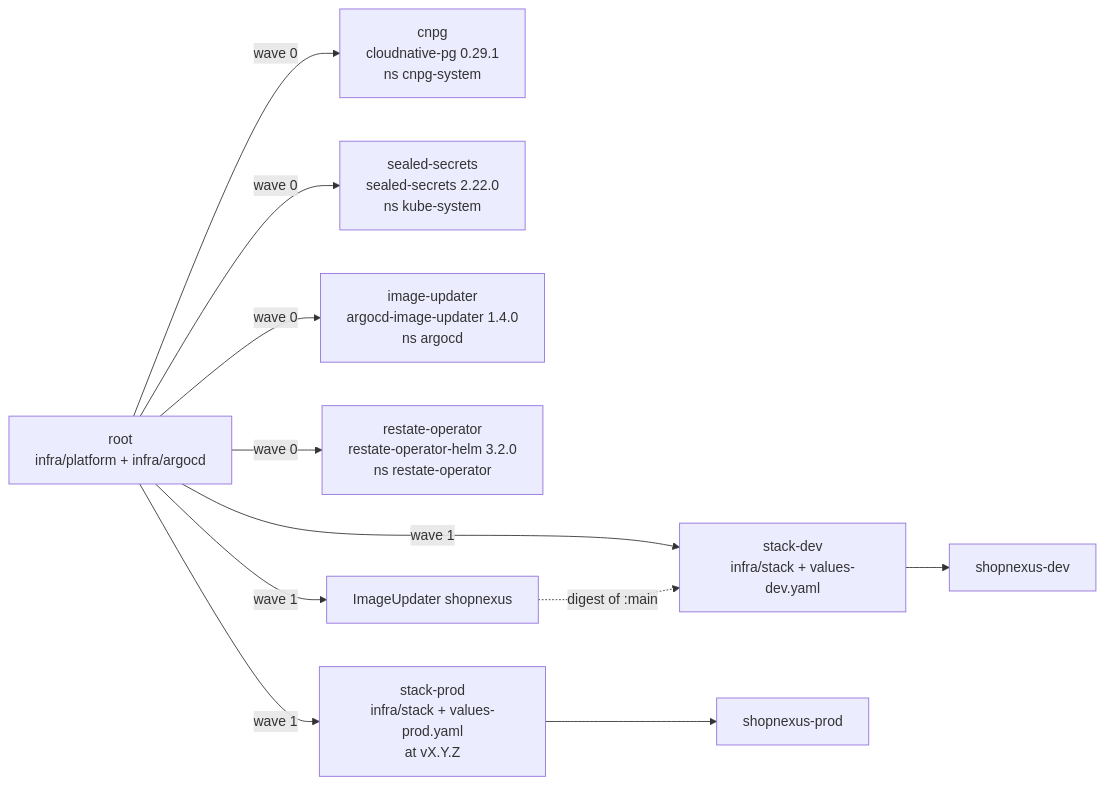
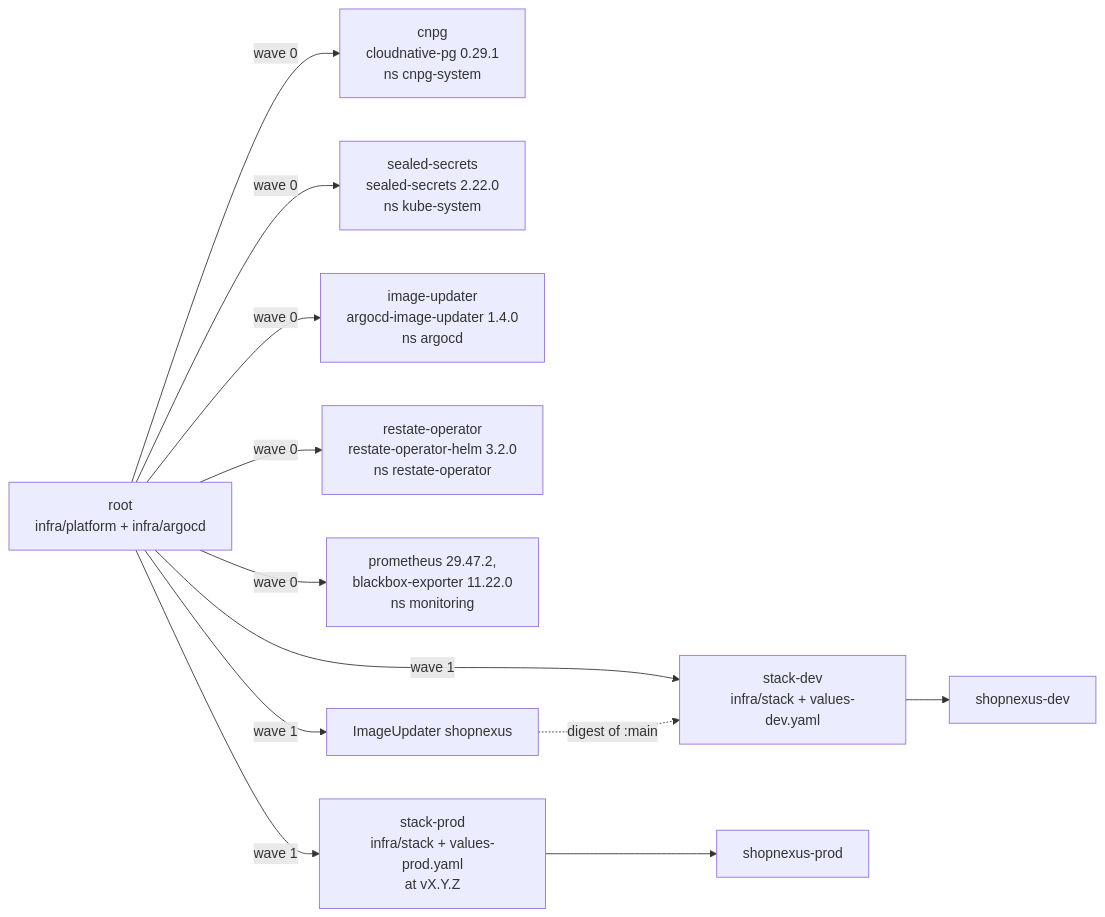
Before and after one commit to shopnexus/docs: the second of 2 diagrams in web/src/content/docs/en/operations/cluster/index.mdx, drawn with Mermaid. The commit also changed other lines of this file and 105 other files, not shown here.

````diff
--- a/web/src/content/docs/en/operations/cluster/index.mdx
+++ b/web/src/content/docs/en/operations/cluster/index.mdx
@@ -100,14 +114,15 @@
 ```mermaid title="Applications in Argo CD"
 flowchart LR
   root["root<br/>infra/platform + infra/argocd"]
   root -->|wave 0| cnpg["cnpg<br/>cloudnative-pg 0.29.1<br/>ns cnpg-system"]
   root -->|wave 0| ss["sealed-secrets<br/>sealed-secrets 2.22.0<br/>ns kube-system"]
   root -->|wave 0| iuapp["image-updater<br/>argocd-image-updater 1.4.0<br/>ns argocd"]
   root -->|wave 0| ro["restate-operator<br/>restate-operator-helm 3.2.0<br/>ns restate-operator"]
+  root -->|wave 0| mon["prometheus 29.47.2,<br/>blackbox-exporter 11.22.0<br/>ns monitoring"]
   root -->|wave 1| dev["stack-dev<br/>infra/stack + values-dev.yaml"]
   root -->|wave 1| prod["stack-prod<br/>infra/stack + values-prod.yaml<br/>at vX.Y.Z"]
   root -->|wave 1| iu["ImageUpdater shopnexus"]
   iu -. "digest of :main" .-> dev
   dev --> devns[shopnexus-dev]
   prod --> prodns[shopnexus-prod]
 ```
````
